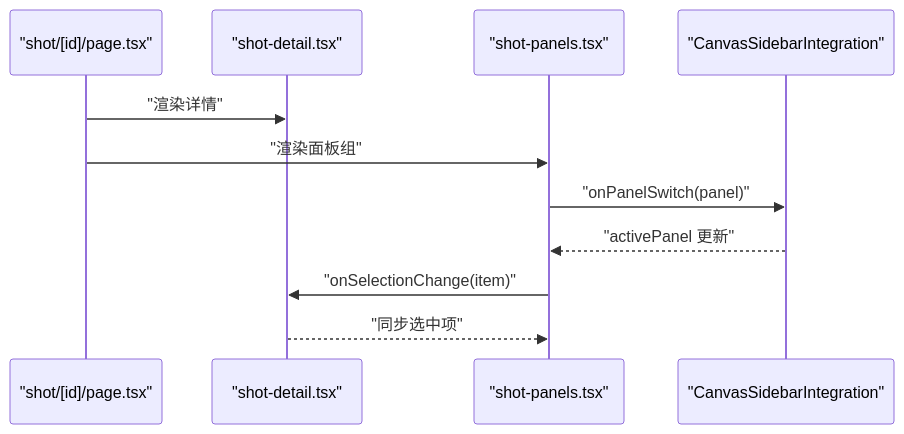
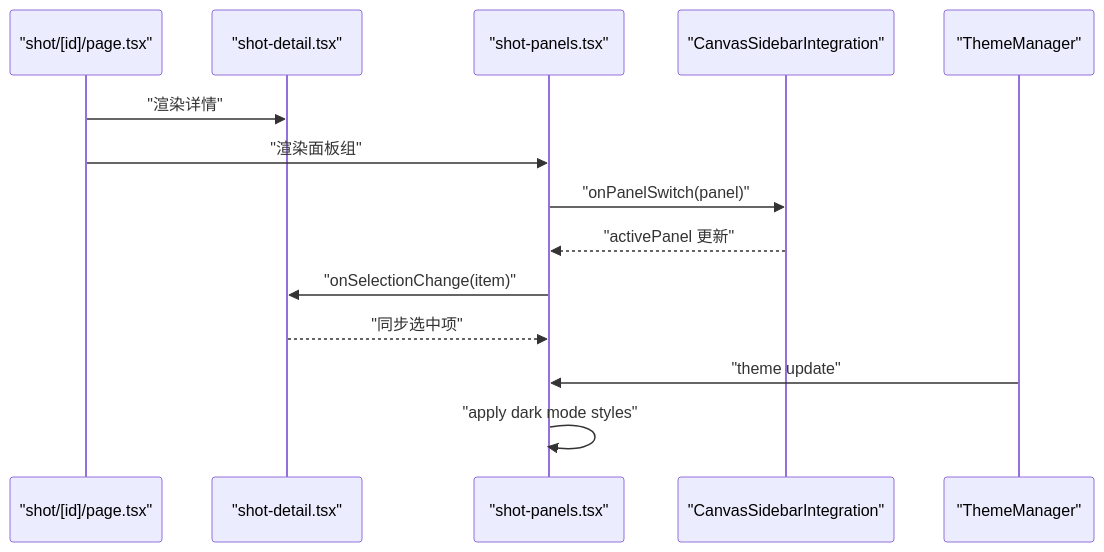
The seventh of 8 diagrams in .qoder/repowiki/zh/content/UI 组件库/业务组件/侧边栏组件.md (AIMFllyYS/code-video-canvas), drawn with Mermaid before and after one commit. The commit also changed other lines of this file and 51 other files, not shown here.

````diff
--- a/.qoder/repowiki/zh/content/UI 组件库/业务组件/侧边栏组件.md
+++ b/.qoder/repowiki/zh/content/UI 组件库/业务组件/侧边栏组件.md
@@ -327,13 +373,16 @@
 ```mermaid
 sequenceDiagram
 participant Route as "shot/[id]/page.tsx"
 participant Detail as "shot-detail.tsx"
 participant Panels as "shot-panels.tsx"
 participant Side as "CanvasSidebarIntegration"
+participant Theme as "ThemeManager"
 Route->>Detail : "渲染详情"
 Route->>Panels : "渲染面板组"
 Panels->>Side : "onPanelSwitch(panel)"
 Side-->>Panels : "activePanel 更新"
 Panels->>Detail : "onSelectionChange(item)"
 Detail-->>Panels : "同步选中项"
+Theme->>Panels : "theme update"
+Panels->>Panels : "apply dark mode styles"
 ```
````
